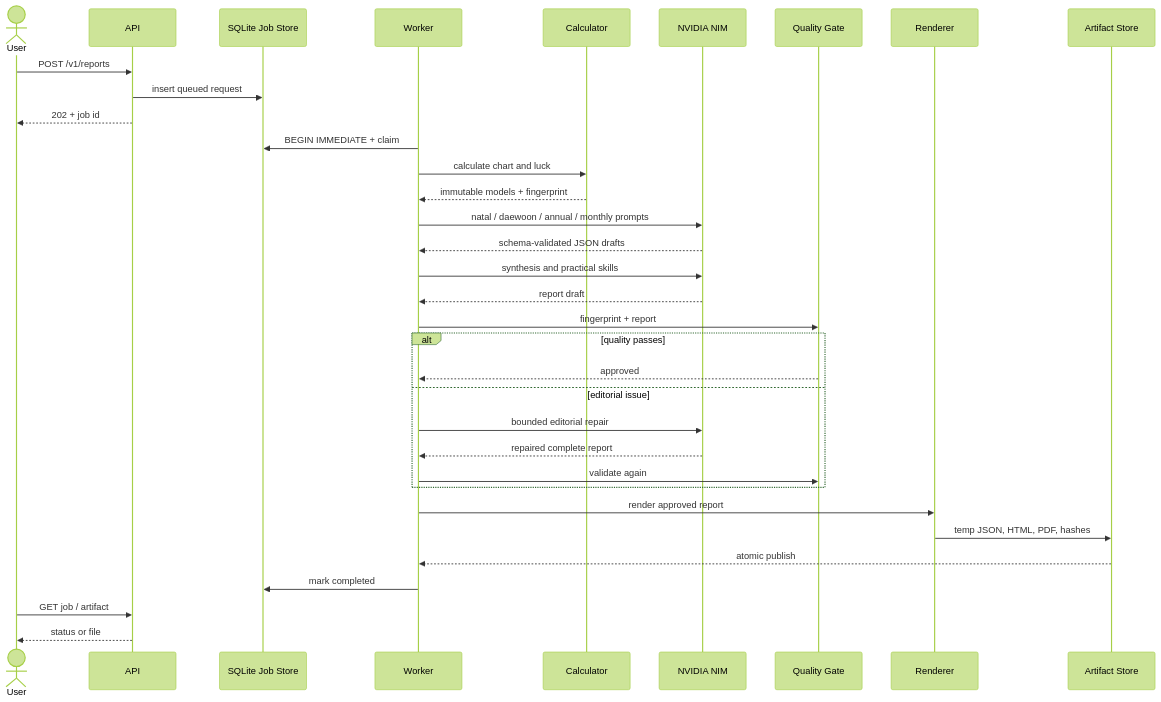
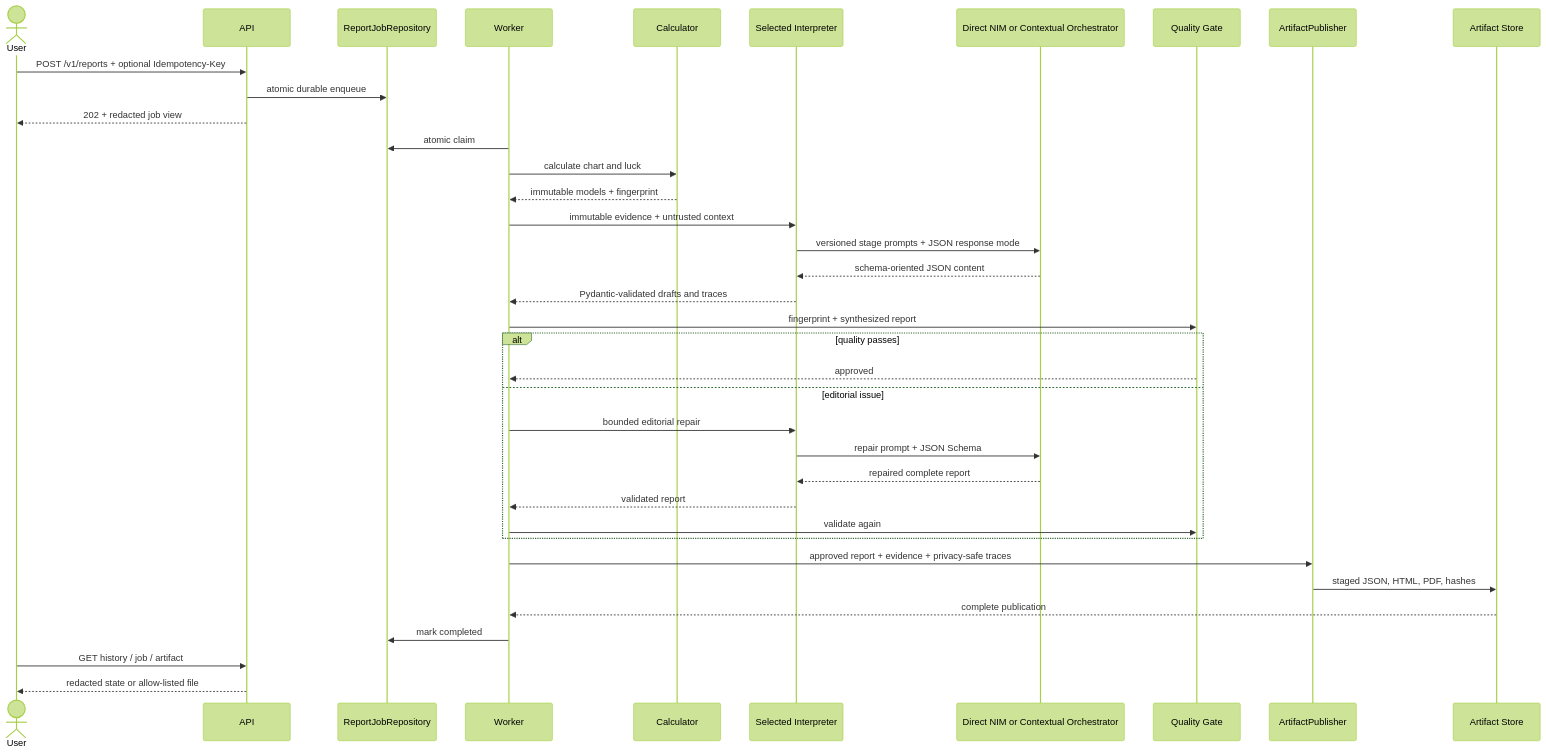
One commit to ContextualWisdomLab/four-pillars changed the third of 7 diagrams in docs/uml/architecture.md. Above: the diagram before and after it, drawn with Mermaid (forest theme). The commit also changed other lines of this file, not shown here.

````diff
--- a/docs/uml/architecture.md
+++ b/docs/uml/architecture.md
@@ -29,37 +73,40 @@
 ```mermaid
 sequenceDiagram
   actor U as User
   participant A as API
-  participant Q as SQLite Job Store
+  participant Q as ReportJobRepository
   participant W as Worker
   participant C as Calculator
-  participant N as NVIDIA NIM
+  participant I as Selected Interpreter
+  participant M as Direct NIM or Contextual Orchestrator
   participant G as Quality Gate
-  participant R as Renderer
+  participant R as ArtifactPublisher
   participant S as Artifact Store
 
-  U->>A: POST /v1/reports
-  A->>Q: insert queued request
-  A-->>U: 202 + job id
-  W->>Q: BEGIN IMMEDIATE + claim
+  U->>A: POST /v1/reports + optional Idempotency-Key
+  A->>Q: atomic durable enqueue
+  A-->>U: 202 + redacted job view
+  W->>Q: atomic claim
   W->>C: calculate chart and luck
   C-->>W: immutable models + fingerprint
-  W->>N: natal / daewoon / annual / monthly prompts
-  N-->>W: schema-validated JSON drafts
-  W->>N: synthesis and practical skills
-  N-->>W: report draft
-  W->>G: fingerprint + report
+  W->>I: immutable evidence + untrusted context
+  I->>M: versioned stage prompts + JSON response mode
+  M-->>I: schema-oriented JSON content
+  I-->>W: Pydantic-validated drafts and traces
+  W->>G: fingerprint + synthesized report
   alt quality passes
     G-->>W: approved
   else editorial issue
-    W->>N: bounded editorial repair
-    N-->>W: repaired complete report
+    W->>I: bounded editorial repair
+    I->>M: repair prompt + JSON Schema
+    M-->>I: repaired complete report
+    I-->>W: validated report
     W->>G: validate again
   end
-  W->>R: render approved report
-  R->>S: temp JSON, HTML, PDF, hashes
-  S-->>W: atomic publish
+  W->>R: approved report + evidence + privacy-safe traces
+  R->>S: staged JSON, HTML, PDF, hashes
+  S-->>W: complete publication
   W->>Q: mark completed
-  U->>A: GET job / artifact
-  A-->>U: status or file
+  U->>A: GET history / job / artifact
+  A-->>U: redacted state or allow-listed file
 ```
````
